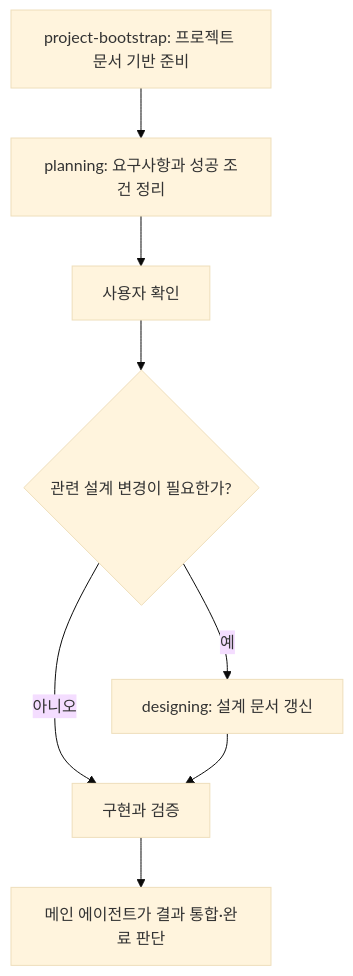
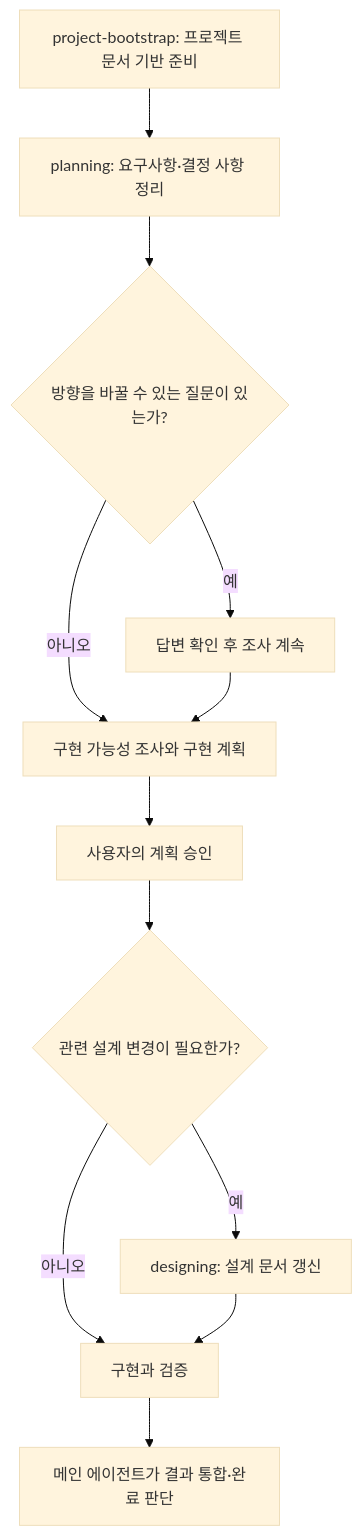
One commit to felrer/codex-efficient-subagents changed the diagram in README.md. Above: the diagram before and after it, drawn with Mermaid (base theme). The commit also changed other lines of this file and 13 other files, not shown here.

Commit message:
Unify planning on a single nn-plan; keep designs current-only; update bootstrap and Work playbook

````diff
--- a/README.md
+++ b/README.md
@@ -11,10 +11,14 @@
 ```mermaid
 flowchart TD
-    A[project-bootstrap: 프로젝트 문서 기반 준비] --> B[planning: 요구사항과 성공 조건 정리]
-    B --> C[사용자 확인]
+    A[project-bootstrap: 프로젝트 문서 기반 준비] --> B[planning: 요구사항·결정 사항 정리]
+    B --> B2{방향을 바꿀 수 있는 질문이 있는가?}
+    B2 -->|예| B3[답변 확인 후 조사 계속]
+    B2 -->|아니오| B4[구현 가능성 조사와 구현 계획]
+    B3 --> B4
+    B4 --> C[사용자의 계획 승인]
     C --> D{관련 설계 변경이 필요한가?}
     D -->|예| E[designing: 설계 문서 갱신]
     D -->|아니오| F[구현과 검증]
     E --> F
     F --> G[메인 에이전트가 결과 통합·완료 판단]
 ```
````
